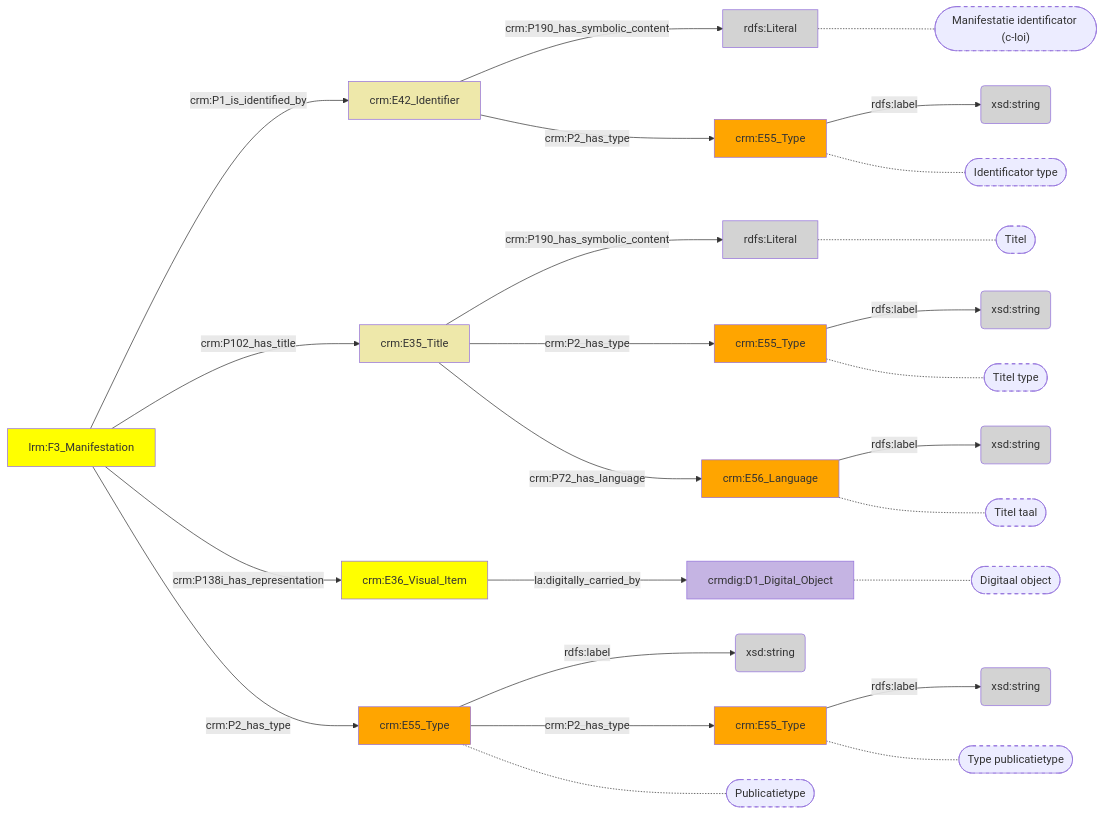
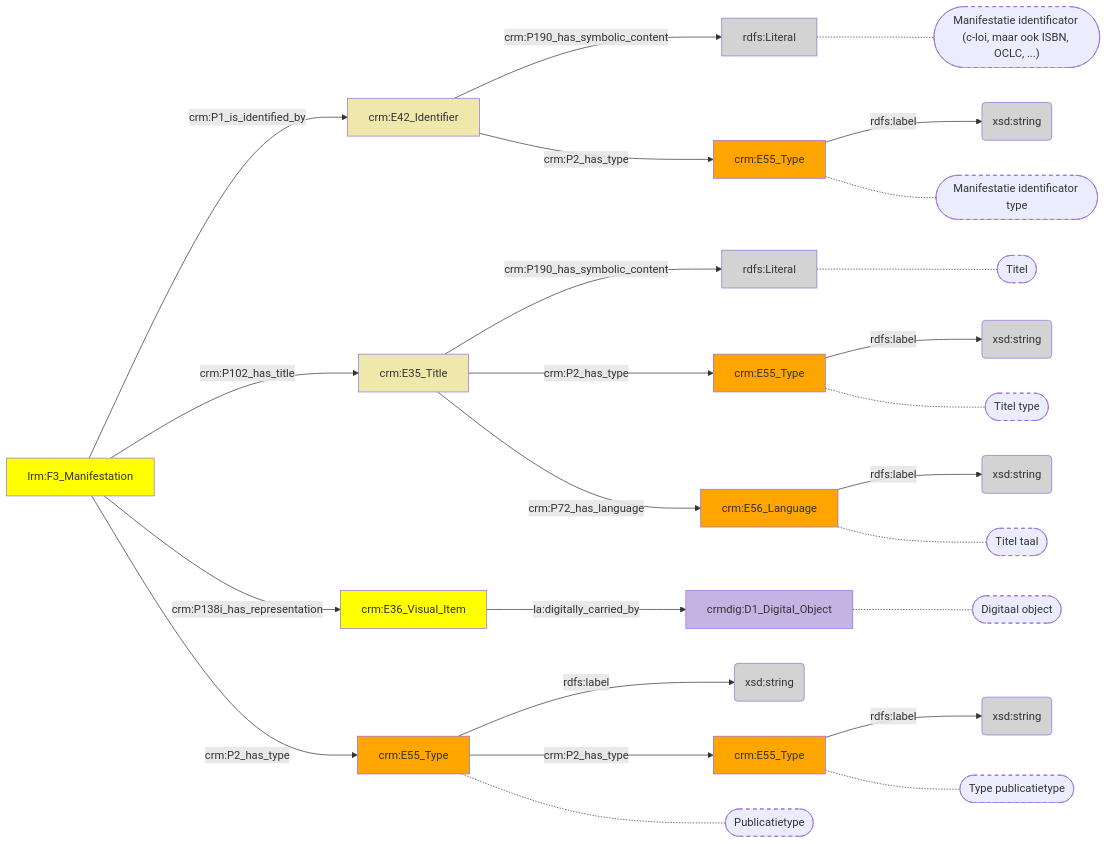
One commit to digipolisantwerpdocumentation/antwerp-cultureel-erfgoed changed the diagram in docs/content/modellen/BibliographicalManifestation/Identificatie.md. Above: the diagram before and after it, drawn with Mermaid. The commit also changed 32 other files, not shown here.

````diff
--- a/docs/content/modellen/BibliographicalManifestation/Identificatie.md
+++ b/docs/content/modellen/BibliographicalManifestation/Identificatie.md
@@ -1,52 +1,52 @@
 ```mermaid
 graph LR
 17e0d502-8e93-11ee-8f9d-96a6d245525a["crm:E35_Title"]-->|"crm:P190_has_symbolic_content"|17e110da-8e93-11ee-8f9d-96a6d245525a(rdfs:Literal)
 17e0d8b8-8e93-11ee-8f9d-96a6d245525a["crm:E55_Type"]-->|"rdfs:label"|17e1127e-8e93-11ee-8f9d-96a6d245525a(xsd:string)
 17e0da7a-8e93-11ee-8f9d-96a6d245525a["crm:E42_Identifier"]-->|"crm:P190_has_symbolic_content"|17e112ba-8e93-11ee-8f9d-96a6d245525a(rdfs:Literal)
 17e11008-8e93-11ee-8f9d-96a6d245525a["crm:E56_Language"]-->|"rdfs:label"|17e11120-8e93-11ee-8f9d-96a6d245525a(xsd:string)
 17e11094-8e93-11ee-8f9d-96a6d245525a["crm:E55_Type"]-->|"rdfs:label"|17e1104e-8e93-11ee-8f9d-96a6d245525a(xsd:string)
 17e111f2-8e93-11ee-8f9d-96a6d245525a["crm:E55_Type"]-->|"rdfs:label"|17e11238-8e93-11ee-8f9d-96a6d245525a(xsd:string)
 17e11300-8e93-11ee-8f9d-96a6d245525a["crm:E55_Type"]-->|"rdfs:label"|17e11346-8e93-11ee-8f9d-96a6d245525a(xsd:string)
-style 17e110da-8e93-11ee-8f9d-96a6d245525a_s stroke-dasharray: 5
-style 17e11094-8e93-11ee-8f9d-96a6d245525a_s stroke-dasharray: 5
-style 17e11008-8e93-11ee-8f9d-96a6d245525a_s stroke-dasharray: 5
-style 17e111f2-8e93-11ee-8f9d-96a6d245525a_s stroke-dasharray: 5
-style 17e112ba-8e93-11ee-8f9d-96a6d245525a_s stroke-dasharray: 5
-style 17e11300-8e93-11ee-8f9d-96a6d245525a_s stroke-dasharray: 5
-style 17e0f078-8e93-11ee-8f9d-96a6d245525a_s stroke-dasharray: 5
-style 17e0d8b8-8e93-11ee-8f9d-96a6d245525a_s stroke-dasharray: 5
-style 17e11346-8e93-11ee-8f9d-96a6d245525a fill:#D3D3D3
-style 17e0de08-8e93-11ee-8f9d-96a6d245525a fill:#ffff00
-style 17e11238-8e93-11ee-8f9d-96a6d245525a fill:#D3D3D3
-style 17e11300-8e93-11ee-8f9d-96a6d245525a fill:#ffa500
-style 17e11094-8e93-11ee-8f9d-96a6d245525a fill:#ffa500
-style 17e112ba-8e93-11ee-8f9d-96a6d245525a fill:#D3D3D3
-style 17e0d502-8e93-11ee-8f9d-96a6d245525a fill:#EEE8AA
-style 17e0f078-8e93-11ee-8f9d-96a6d245525a fill:#C5B4E3
-style 17e0efec-8e93-11ee-8f9d-96a6d245525a fill:#ffff00
-style 17e111f2-8e93-11ee-8f9d-96a6d245525a fill:#ffa500
-style 17e1127e-8e93-11ee-8f9d-96a6d245525a fill:#D3D3D3
-style 17e11120-8e93-11ee-8f9d-96a6d245525a fill:#D3D3D3
-style 17e0d8b8-8e93-11ee-8f9d-96a6d245525a fill:#ffa500
-style 17e110da-8e93-11ee-8f9d-96a6d245525a fill:#D3D3D3
-style 17e0da7a-8e93-11ee-8f9d-96a6d245525a fill:#EEE8AA
-style 17e11008-8e93-11ee-8f9d-96a6d245525a fill:#ffa500
-style 17e1104e-8e93-11ee-8f9d-96a6d245525a fill:#D3D3D3
 17e0d502-8e93-11ee-8f9d-96a6d245525a["crm:E35_Title"]-->|"crm:P2_has_type"|17e11094-8e93-11ee-8f9d-96a6d245525a["crm:E55_Type"]
 17e0d502-8e93-11ee-8f9d-96a6d245525a["crm:E35_Title"]-->|"crm:P72_has_language"|17e11008-8e93-11ee-8f9d-96a6d245525a["crm:E56_Language"]
 17e0d8b8-8e93-11ee-8f9d-96a6d245525a["crm:E55_Type"]-->|"crm:P2_has_type"|17e111f2-8e93-11ee-8f9d-96a6d245525a["crm:E55_Type"]
 17e0da7a-8e93-11ee-8f9d-96a6d245525a["crm:E42_Identifier"]-->|"crm:P2_has_type"|17e11300-8e93-11ee-8f9d-96a6d245525a["crm:E55_Type"]
 17e0de08-8e93-11ee-8f9d-96a6d245525a["crm:E36_Visual_Item"]-->|"la:digitally_carried_by"|17e0f078-8e93-11ee-8f9d-96a6d245525a["crmdig:D1_Digital_Object"]
 17e0efec-8e93-11ee-8f9d-96a6d245525a["lrm:F3_Manifestation"]-->|"crm:P1_is_identified_by"|17e0da7a-8e93-11ee-8f9d-96a6d245525a["crm:E42_Identifier"]
 17e0efec-8e93-11ee-8f9d-96a6d245525a["lrm:F3_Manifestation"]-->|"crm:P102_has_title"|17e0d502-8e93-11ee-8f9d-96a6d245525a["crm:E35_Title"]
 17e0efec-8e93-11ee-8f9d-96a6d245525a["lrm:F3_Manifestation"]-->|"crm:P138i_has_representation"|17e0de08-8e93-11ee-8f9d-96a6d245525a["crm:E36_Visual_Item"]
 17e0efec-8e93-11ee-8f9d-96a6d245525a["lrm:F3_Manifestation"]-->|"crm:P2_has_type"|17e0d8b8-8e93-11ee-8f9d-96a6d245525a["crm:E55_Type"]
 17e110da-8e93-11ee-8f9d-96a6d245525a["rdfs:Literal"]-.-17e110da-8e93-11ee-8f9d-96a6d245525a_s(["Titel"])
 17e11094-8e93-11ee-8f9d-96a6d245525a["crm:E55_Type"]-.-17e11094-8e93-11ee-8f9d-96a6d245525a_s(["Titel type"])
 17e11008-8e93-11ee-8f9d-96a6d245525a["crm:E56_Language"]-.-17e11008-8e93-11ee-8f9d-96a6d245525a_s(["Titel taal"])
 17e111f2-8e93-11ee-8f9d-96a6d245525a["crm:E55_Type"]-.-17e111f2-8e93-11ee-8f9d-96a6d245525a_s(["Type "publicatietype""])
-17e112ba-8e93-11ee-8f9d-96a6d245525a["rdfs:Literal"]-.-17e112ba-8e93-11ee-8f9d-96a6d245525a_s(["Manifestatie identificator (c-loi)"])
-17e11300-8e93-11ee-8f9d-96a6d245525a["crm:E55_Type"]-.-17e11300-8e93-11ee-8f9d-96a6d245525a_s(["Identificator type"])
+17e112ba-8e93-11ee-8f9d-96a6d245525a["rdfs:Literal"]-.-17e112ba-8e93-11ee-8f9d-96a6d245525a_s(["Manifestatie identificator (c-loi, maar ook ISBN, OCLC, ...)"])
+17e11300-8e93-11ee-8f9d-96a6d245525a["crm:E55_Type"]-.-17e11300-8e93-11ee-8f9d-96a6d245525a_s(["Manifestatie identificator type"])
 17e0f078-8e93-11ee-8f9d-96a6d245525a["crmdig:D1_Digital_Object"]-.-17e0f078-8e93-11ee-8f9d-96a6d245525a_s(["Digitaal object"])
 17e0d8b8-8e93-11ee-8f9d-96a6d245525a["crm:E55_Type"]-.-17e0d8b8-8e93-11ee-8f9d-96a6d245525a_s(["Publicatietype"])
+style 17e110da-8e93-11ee-8f9d-96a6d245525a_s stroke-dasharray: 5
+style 17e11094-8e93-11ee-8f9d-96a6d245525a_s stroke-dasharray: 5
+style 17e11008-8e93-11ee-8f9d-96a6d245525a_s stroke-dasharray: 5
+style 17e111f2-8e93-11ee-8f9d-96a6d245525a_s stroke-dasharray: 5
+style 17e112ba-8e93-11ee-8f9d-96a6d245525a_s stroke-dasharray: 5
+style 17e11300-8e93-11ee-8f9d-96a6d245525a_s stroke-dasharray: 5
+style 17e0f078-8e93-11ee-8f9d-96a6d245525a_s stroke-dasharray: 5
+style 17e0d8b8-8e93-11ee-8f9d-96a6d245525a_s stroke-dasharray: 5
+style 17e0d502-8e93-11ee-8f9d-96a6d245525a fill:#EEE8AA
+style 17e0d8b8-8e93-11ee-8f9d-96a6d245525a fill:#ffa500
+style 17e0da7a-8e93-11ee-8f9d-96a6d245525a fill:#EEE8AA
+style 17e0de08-8e93-11ee-8f9d-96a6d245525a fill:#ffff00
+style 17e0efec-8e93-11ee-8f9d-96a6d245525a fill:#ffff00
+style 17e0f078-8e93-11ee-8f9d-96a6d245525a fill:#C5B4E3
+style 17e11008-8e93-11ee-8f9d-96a6d245525a fill:#ffa500
+style 17e1104e-8e93-11ee-8f9d-96a6d245525a fill:#D3D3D3
+style 17e11094-8e93-11ee-8f9d-96a6d245525a fill:#ffa500
+style 17e110da-8e93-11ee-8f9d-96a6d245525a fill:#D3D3D3
+style 17e11120-8e93-11ee-8f9d-96a6d245525a fill:#D3D3D3
+style 17e111f2-8e93-11ee-8f9d-96a6d245525a fill:#ffa500
+style 17e11238-8e93-11ee-8f9d-96a6d245525a fill:#D3D3D3
+style 17e1127e-8e93-11ee-8f9d-96a6d245525a fill:#D3D3D3
+style 17e112ba-8e93-11ee-8f9d-96a6d245525a fill:#D3D3D3
+style 17e11300-8e93-11ee-8f9d-96a6d245525a fill:#ffa500
+style 17e11346-8e93-11ee-8f9d-96a6d245525a fill:#D3D3D3
 ```
````
